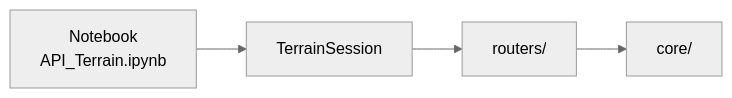
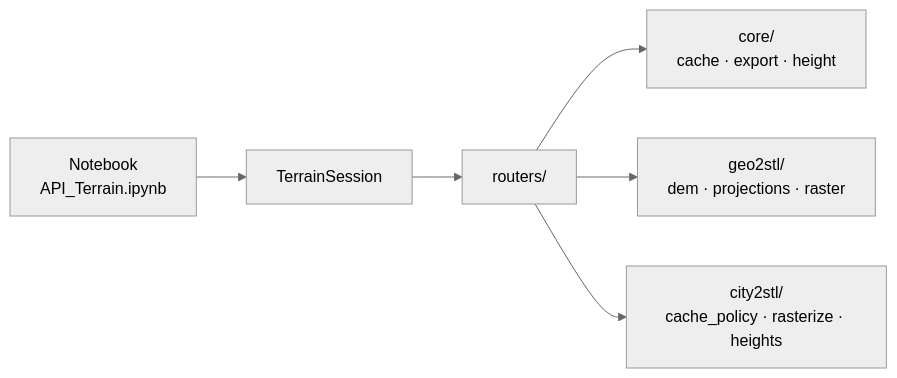
One commit to EdgarCardenasDeLaHoz/map2stl changed the first of 3 diagrams in docs/sdk-workflow.md. Above: the diagram before and after it, drawn with Mermaid (neutral theme). The commit also changed other lines of this file and 8 other files, not shown here.

````diff
--- a/docs/sdk-workflow.md
+++ b/docs/sdk-workflow.md
@@ -9,6 +9,8 @@
 ```mermaid
 flowchart LR
     NB["Notebook<br/>API_Terrain.ipynb"] --> TS["TerrainSession"]
     TS --> R["routers/"]
-    R --> C["core/"]
+    R --> C["core/<br/>cache · export · height"]
+    R --> GEO["geo2stl/<br/>dem · projections · raster"]
+    R --> CITY["city2stl/<br/>cache_policy · rasterize · heights"]
 ```
````
